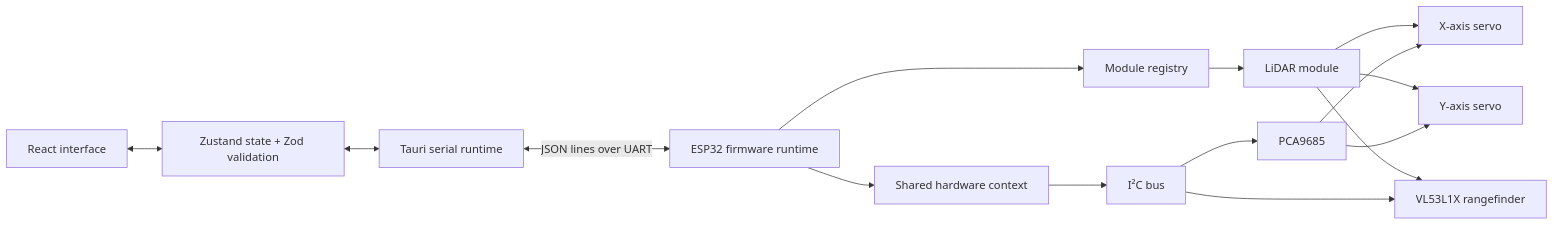
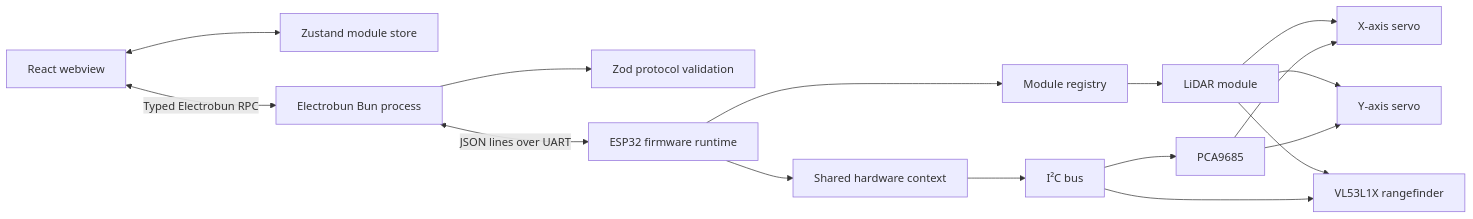
The diagram in README.md (Adeun-Ilemobola/Pinora_Templat), drawn with Mermaid before and after one commit. The commit also changed other lines of this file and 164 other files, not shown here.

````diff
--- a/README.md
+++ b/README.md
@@ -57,18 +58,19 @@
 ```mermaid
 flowchart LR
-    UI["React interface"] <--> STATE["Zustand state + Zod validation"]
-    STATE <--> TAURI["Tauri serial runtime"]
-    TAURI <-->|"JSON lines over UART"| ESP["ESP32 firmware runtime"]
+    UI["React webview"] <--> STATE["Zustand module store"]
+    UI <-->|"Typed Electrobun RPC"| BUN["Electrobun Bun process"]
+    BUN --> VALIDATE["Zod protocol validation"]
+    BUN <-->|"JSON lines over UART"| ESP["ESP32 firmware runtime"]
 
     ESP --> REGISTRY["Module registry"]
     ESP --> HARDWARE["Shared hardware context"]
     REGISTRY --> LIDAR["LiDAR module"]
     LIDAR --> SERVOX["X-axis servo"]
     LIDAR --> SERVOY["Y-axis servo"]
     LIDAR --> RANGE["VL53L1X rangefinder"]
     HARDWARE --> I2C["I²C bus"]
     I2C --> PWM["PCA9685"]
     I2C --> RANGE
     PWM --> SERVOX
     PWM --> SERVOY
 ```
````
